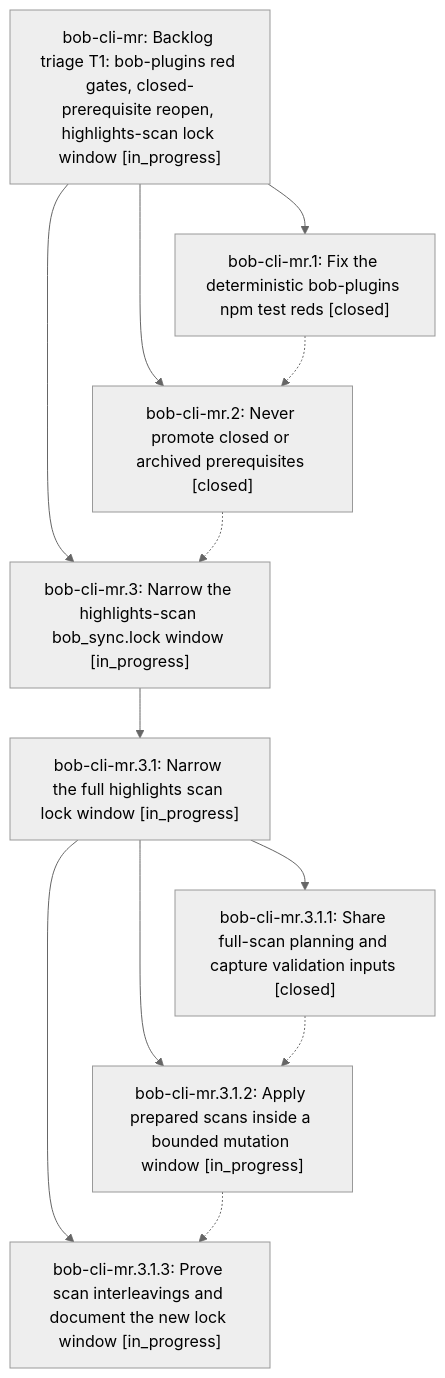
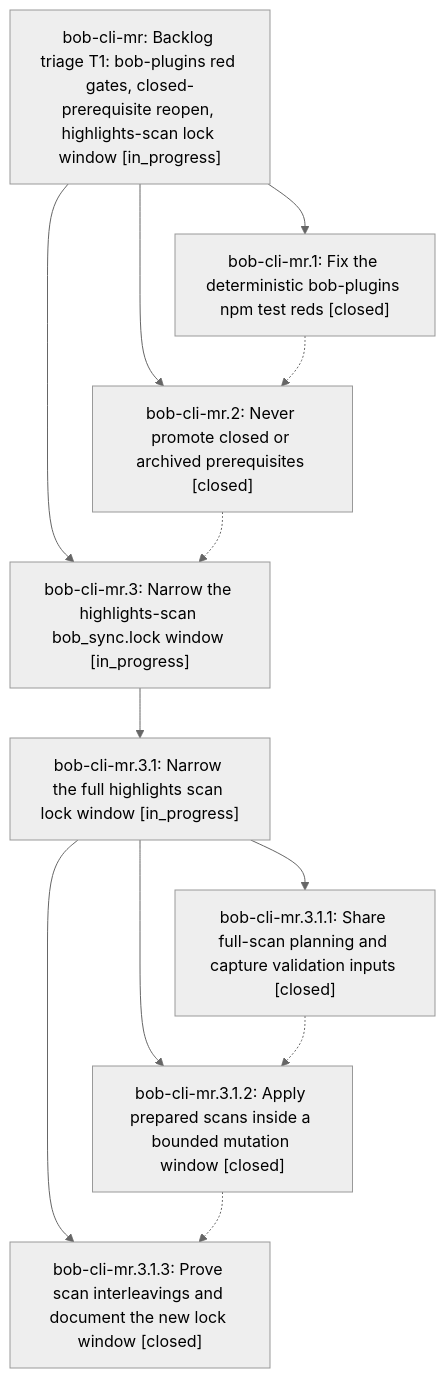
Before and after one commit to bobs-org/bob-cli--beads: the diagram in pages/bob-cli-mr/README.md, drawn with Mermaid (neutral theme). The commit also changed other lines of this file and 3 other files, not shown here.

First line of the commit message:
chore(beads): sync bead state and pages for bob-cli-mr

````diff
--- a/pages/bob-cli-mr/README.md
+++ b/pages/bob-cli-mr/README.md
@@ -36,22 +36,22 @@
 ```mermaid
 flowchart TD
     n0["bob-cli-mr: Backlog triage T1: bob-plugins red gates, closed-prerequisite reopen, highlights-scan lock window [in_progress]"]
     n1["bob-cli-mr.1: Fix the deterministic bob-plugins npm test reds [closed]"]
     n2["bob-cli-mr.2: Never promote closed or archived prerequisites [closed]"]
     n3["bob-cli-mr.3: Narrow the highlights-scan bob_sync.lock window [in_progress]"]
     n4["bob-cli-mr.3.1: Narrow the full highlights scan lock window [in_progress]"]
     n5["bob-cli-mr.3.1.1: Share full-scan planning and capture validation inputs [closed]"]
-    n6["bob-cli-mr.3.1.2: Apply prepared scans inside a bounded mutation window [in_progress]"]
-    n7["bob-cli-mr.3.1.3: Prove scan interleavings and document the new lock window [in_progress]"]
+    n6["bob-cli-mr.3.1.2: Apply prepared scans inside a bounded mutation window [closed]"]
+    n7["bob-cli-mr.3.1.3: Prove scan interleavings and document the new lock window [closed]"]
     n0 --> n1
     n0 --> n2
     n0 --> n3
     n3 --> n4
     n4 --> n5
     n4 --> n6
     n4 --> n7
     n1 -.-> n2
     n2 -.-> n3
     n5 -.-> n6
     n6 -.-> n7
 ```
````
